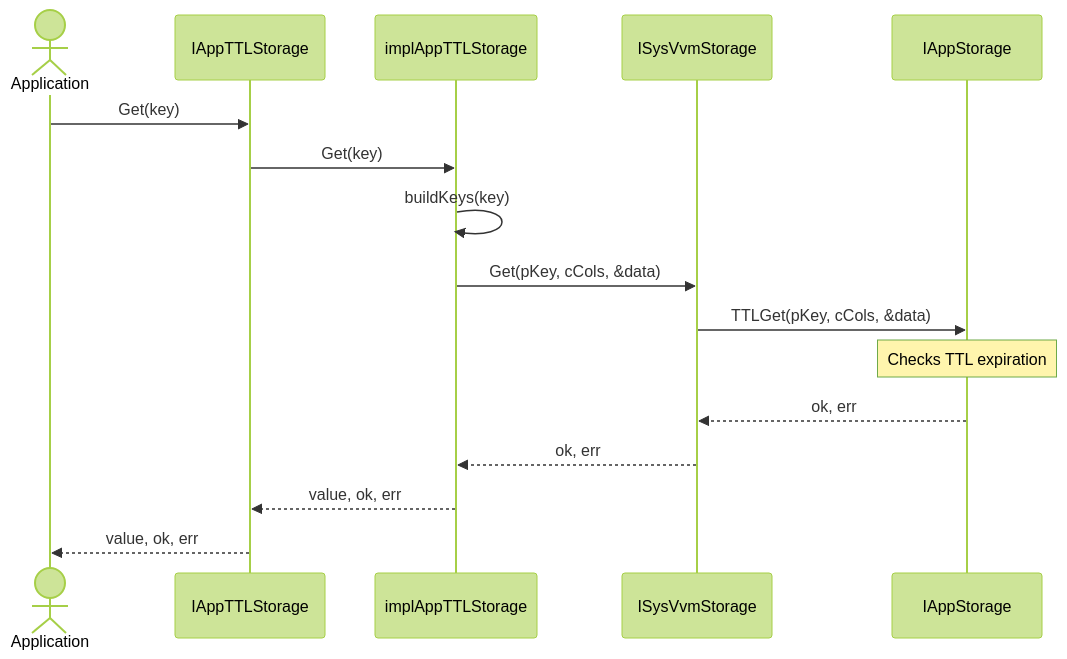
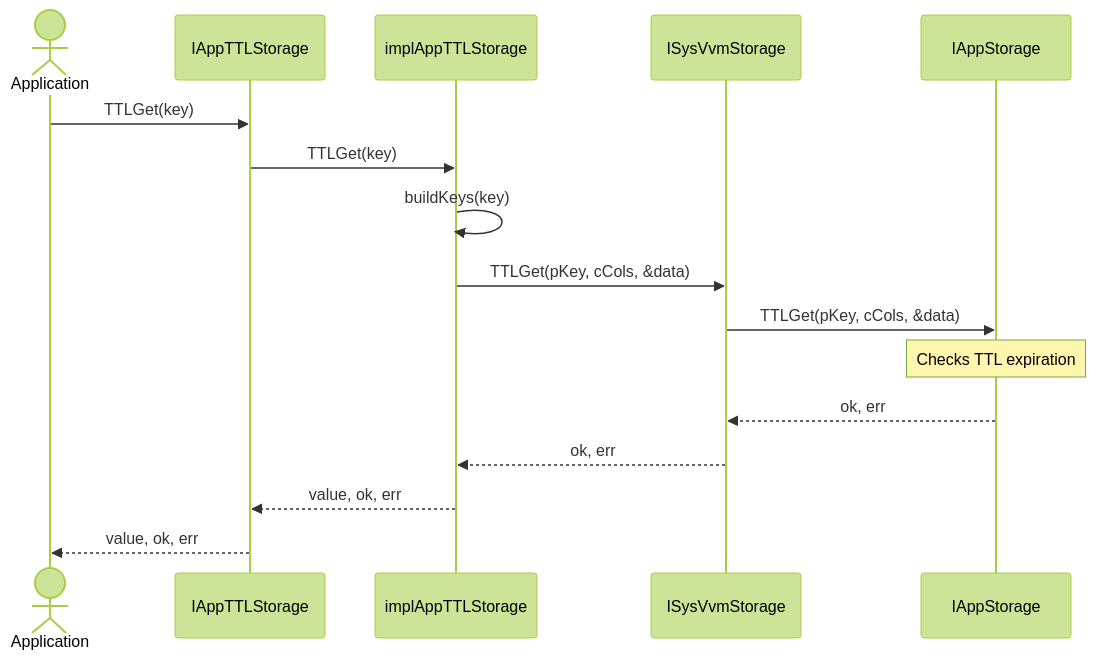
The second of 2 diagrams in uspecs/specs/prod/storage/appttl--arch.md (host6/voedger), drawn with Mermaid (forest theme) before and after one commit. The commit also changed other lines of this file and 1 other file, not shown here.

````diff
--- a/uspecs/specs/prod/storage/appttl--arch.md
+++ b/uspecs/specs/prod/storage/appttl--arch.md
@@ -164,19 +164,19 @@
 ```mermaid
 sequenceDiagram
     actor App as Application
     participant 🎯TTL as IAppTTLStorage
     participant 📦Impl as implAppTTLStorage
     participant 📦Sys as ISysVvmStorage
     participant ⚙️Store as IAppStorage
 
-    App->>🎯TTL: Get(key)
-    🎯TTL->>📦Impl: Get(key)
+    App->>🎯TTL: TTLGet(key)
+    🎯TTL->>📦Impl: TTLGet(key)
     📦Impl->>📦Impl: buildKeys(key)
-    📦Impl->>📦Sys: Get(pKey, cCols, &data)
+    📦Impl->>📦Sys: TTLGet(pKey, cCols, &data)
     📦Sys->>⚙️Store: TTLGet(pKey, cCols, &data)
     Note over ⚙️Store: Checks TTL expiration
     ⚙️Store-->>📦Sys: ok, err
     📦Sys-->>📦Impl: ok, err
     📦Impl-->>🎯TTL: value, ok, err
     🎯TTL-->>App: value, ok, err
 ```
````
